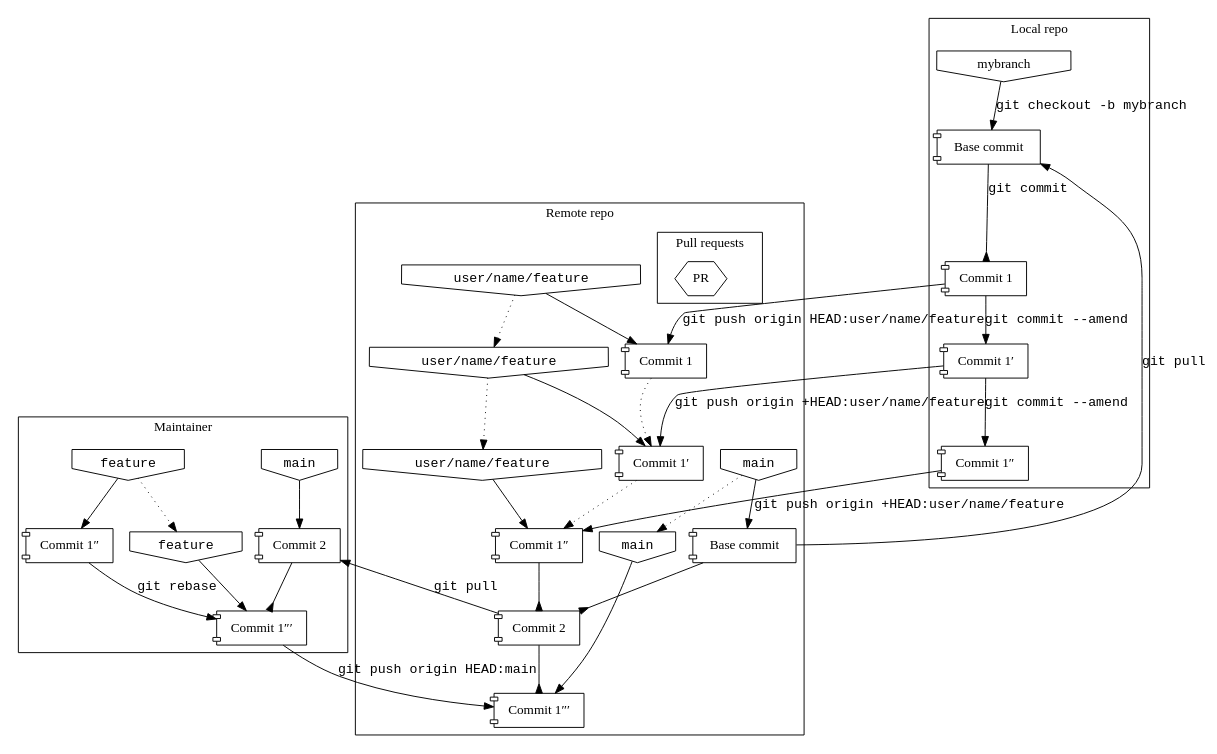
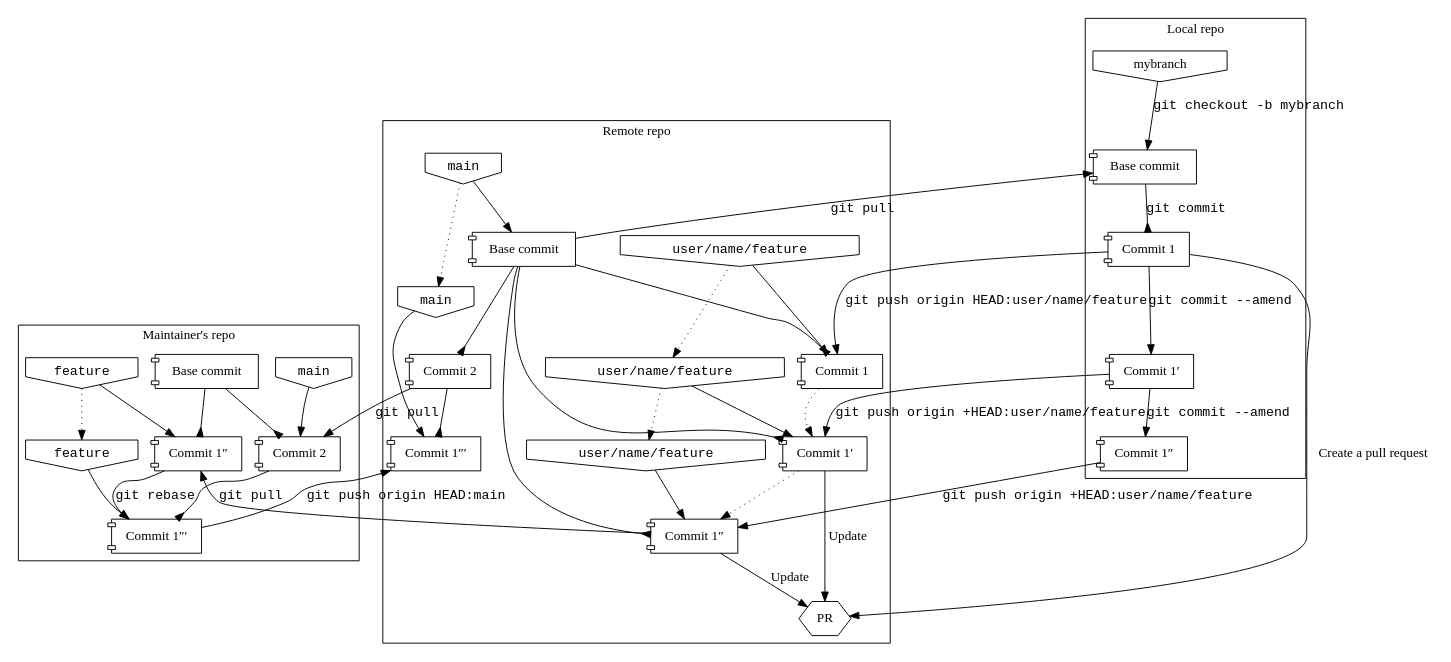
One commit to mathling-programming/lectures changed the seventh of 7 diagrams in source/gitanatomy.rst. Above: the diagram before and after it, drawn with Graphviz.

Commit message:
minor update on lecture 1

```diff
--- a/source/gitanatomy.rst
+++ b/source/gitanatomy.rst
@@ -416,21 +416,29 @@
          main2 -> commit1x
          main -> main2 [ style = dotted ]
 
-         subgraph cluster_pr {
-             label = "Pull requests"
-             pr [ shape = hexagon, label = "PR" ]
+         base -> commit1a [ arrowhead = inv ]
+         base -> commit1primea [ arrowhead = inv ]
+         base -> commit1prime2a [ arrowhead = inv ]
 
-         }
+         commit1primea -> pr [ label = "Update", fontname = "serif" ]
+         commit1prime2a -> pr [ label = "Update", fontname = "serif" ]
       }
 
+      subgraph cluster_pr {
+         label = "Pull requests"
+         pr [ shape = hexagon, label = "PR" ]
+      }
 
       subgraph cluster_maintainer {
-         label = "Maintainer"
+         label = "Maintainer's repo"
 
+         baseb [ label = "Base commit" ]
          commit2b [ label = "Commit 2" ]
          commit1prime3 [ label = "Commit 1&Prime;" ]
          commit1prime4 [ label = "Commit 1&Prime;&prime;" ]
          commit1prime3 -> commit1prime4 [ label = "git rebase" ]
+         baseb -> commit2b [ arrowhead = inv ]
+         baseb -> commit1prime3 [ arrowhead = inv ]
          commit2b -> commit1prime4 [ arrowhead = inv ]
          userbranchb [ shape = invhouse, label = "feature", fontname = "monospace" ]
 
@@ -451,6 +459,8 @@
       commit1prime2 -> commit1prime2a [ label = "git push origin +HEAD:user/name/feature"]
 
       commit2a -> commit2b [ label = "git pull" ]
+      commit1prime2a -> commit1prime3 [ label = "git pull" ]
       commit1prime4 -> commit1x [ label = "git push origin HEAD:main" ]
-      commit1prime2a -> commit2a [ arrowhead = inv ]
+
+      commit1 -> pr [ label = "Create a pull request", fontname = "serif" ]
    }
```
